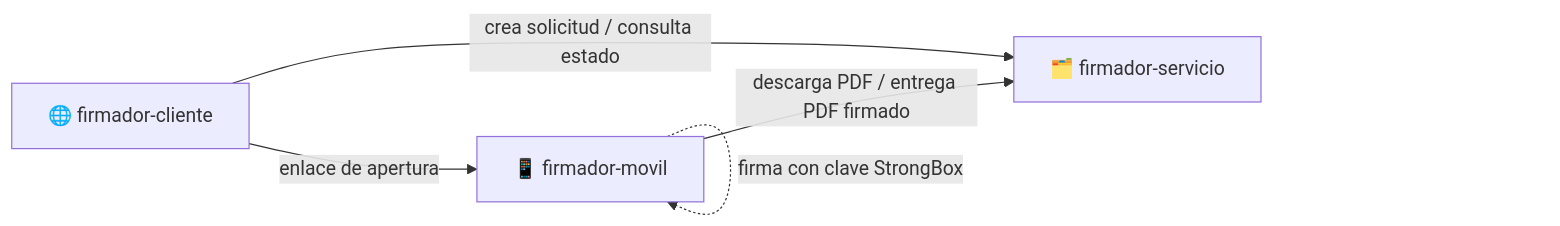
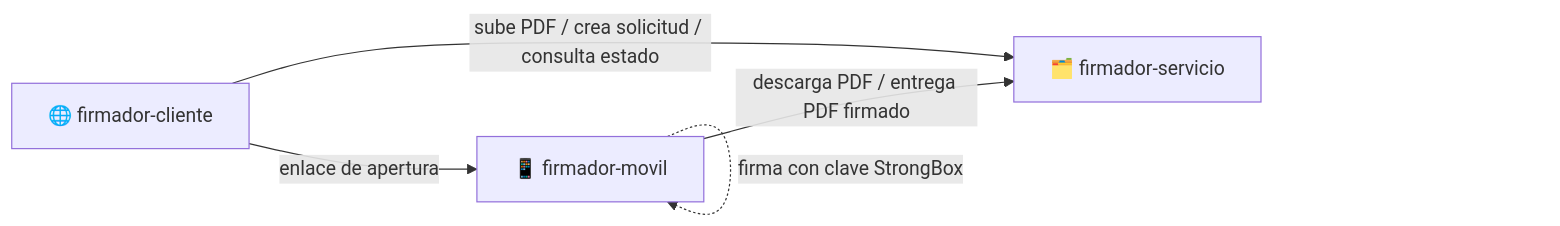
Before and after one commit to AlexQuispe/firmador-servicio: the first of 2 diagrams in README.md, drawn with Mermaid. The commit also changed other lines of this file and 2 other files, not shown here.

````diff
--- a/README.md
+++ b/README.md
@@ -9,7 +9,7 @@
 ```mermaid
 flowchart LR
-    W[🌐 firmador-cliente] -- crea solicitud / consulta estado --> S[🗂️ firmador-servicio]
+    W[🌐 firmador-cliente] -- sube PDF / crea solicitud / consulta estado --> S[🗂️ firmador-servicio]
     W -- enlace de apertura --> M[📱 firmador-movil]
     M -- descarga PDF / entrega PDF firmado --> S
     M -. firma con clave StrongBox .-> M
 ```
````
